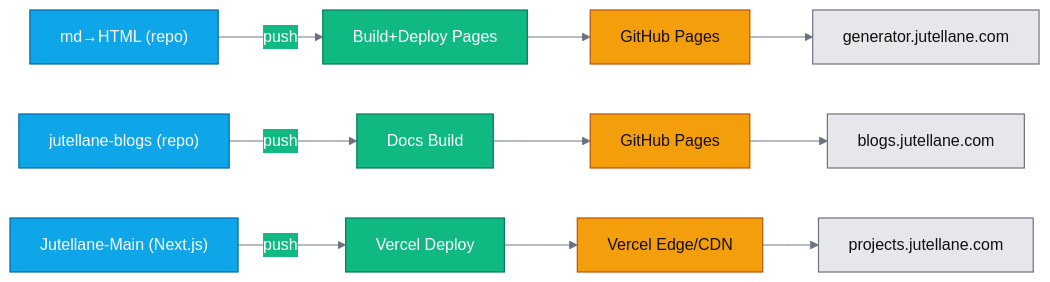
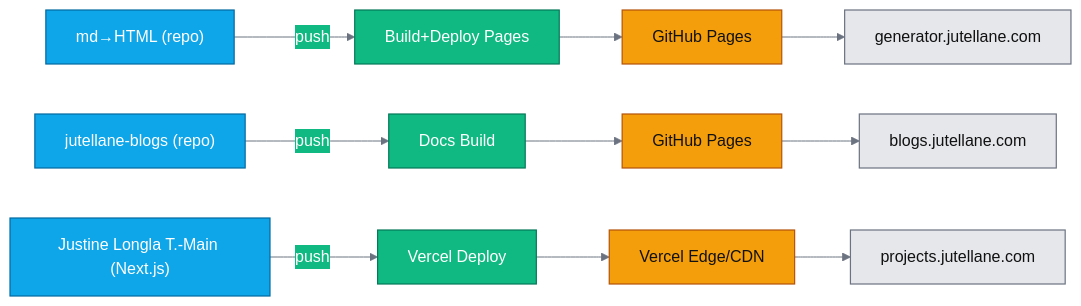
One commit to justine6/JustineLonglaT-Lane changed the diagram in docs/architecture.md. Above: the diagram before and after it, drawn with Mermaid. The commit also changed other lines of this file and 165 other files, not shown here.

Commit message:
Brand polish: rename site title to 'JustineLonglaT Consulting' for unified executive identity

````diff
--- a/docs/architecture.md
+++ b/docs/architecture.md
@@ -6,28 +6,28 @@
 ```mermaid
 %%{init: {
   "theme": "base",
   "themeVariables": {
     "background": "transparent",
     "primaryColor": "#0ea5e9",
     "primaryTextColor": "#ffffff",
     "primaryBorderColor": "#0369a1",
     "secondaryColor": "#10b981",
     "secondaryTextColor": "#ffffff",
     "secondaryBorderColor": "#047857",
     "tertiaryColor": "#f59e0b",
     "tertiaryTextColor": "#111111",
     "tertiaryBorderColor": "#b45309",
     "lineColor": "#6b7280",
     "textColor": "#111111"
   }
 }}%%
 flowchart LR
     classDef repo fill:#0ea5e9,stroke:#0369a1,color:#fff,stroke-width:1.2px;
     classDef actions fill:#10b981,stroke:#047857,color:#fff,stroke-width:1.2px;
     classDef host fill:#f59e0b,stroke:#b45309,color:#111,stroke-width:1.2px;
     classDef dns fill:#e5e7eb,stroke:#6b7280,color:#111,stroke-width:1.2px;
 
     A1["md→HTML (repo)"]:::repo -->|push| B1["Build+Deploy Pages"]:::actions --> C1["GitHub Pages"]:::host --> D1["generator.jutellane.com"]:::dns
     A2["jutellane-blogs (repo)"]:::repo -->|push| B2["Docs Build"]:::actions --> C2["GitHub Pages"]:::host --> D2["blogs.jutellane.com"]:::dns
-    A3["Jutellane-Main (Next.js)"]:::repo -->|push| B3["Vercel Deploy"]:::actions --> C3["Vercel Edge/CDN"]:::host --> D3["projects.jutellane.com"]:::dns
+    A3["Justine Longla T.-Main (Next.js)"]:::repo -->|push| B3["Vercel Deploy"]:::actions --> C3["Vercel Edge/CDN"]:::host --> D3["projects.jutellane.com"]:::dns
 ```
````
